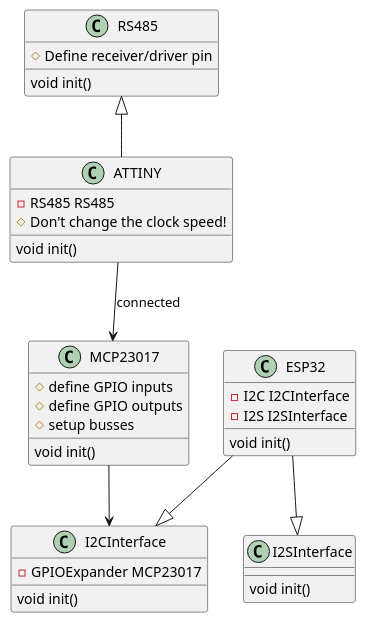
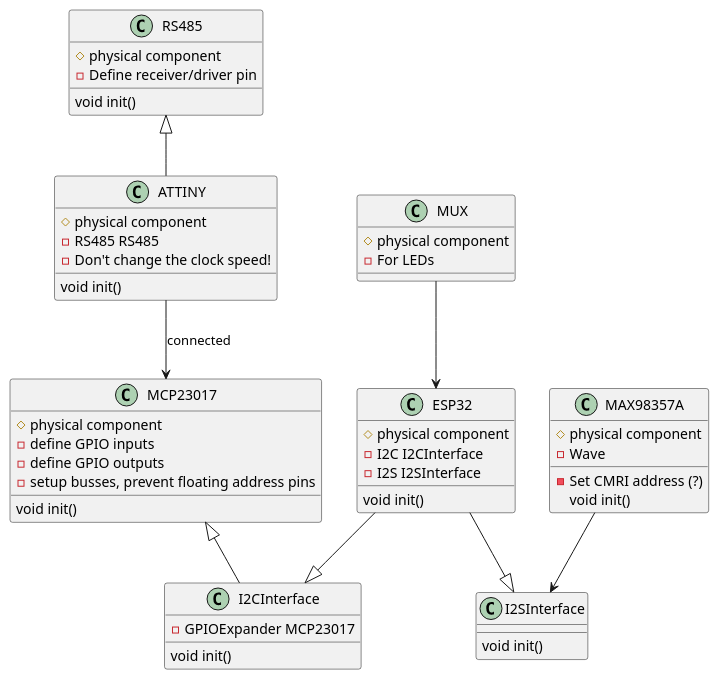
The diagram in Braille_Project/main/I2C.puml (nathe6/ENGR696-Braille), drawn with PlantUML before and after one commit. The commit also changed 1 other file, not shown here.

```diff
--- a/Braille_Project/main/I2C.puml
+++ b/Braille_Project/main/I2C.puml
@@ -1,47 +1,65 @@
 @startuml ESP32
 
 together {
 
     class ESP32 {
+        # physical component
         - I2C I2CInterface
         - I2S I2SInterface
         void init()
     }
 
     class I2CInterface {
         - GPIOExpander MCP23017
         void init()
     }
 
     class I2SInterface {
         void init()
     }
 
     class ATTINY {
+        # physical component
         - RS485 RS485
-        #Don't change the clock speed!
+        - Don't change the clock speed!
         void init()
         
     }
 
     class RS485 {
-        #Define receiver/driver pin
+        # physical component
+        - Define receiver/driver pin
         void init()
     }
 
     class MCP23017 {
-        #define GPIO inputs
-        #define GPIO outputs
-        #setup busses
+        # physical component
+        - define GPIO inputs
+        - define GPIO outputs
+        - setup busses, prevent floating address pins
         void init()
+    }
+
+    class MAX98357A {
+        # physical component
+        - Wave
+        - Set CMRI address (?)
+        void init()
+    }
+
+    class MUX {
+        # physical component
+        - For LEDs
     }
 
     ESP32 --|> I2CInterface
     ESP32 --|> I2SInterface
-    MCP23017 --> I2CInterface
+    MCP23017 <|-- I2CInterface
     ATTINY --> MCP23017 : connected 
     RS485 <|-- ATTINY
+    MAX98357A --> I2SInterface
+    MUX --> ESP32
 
 }
 
 @enduml
```
